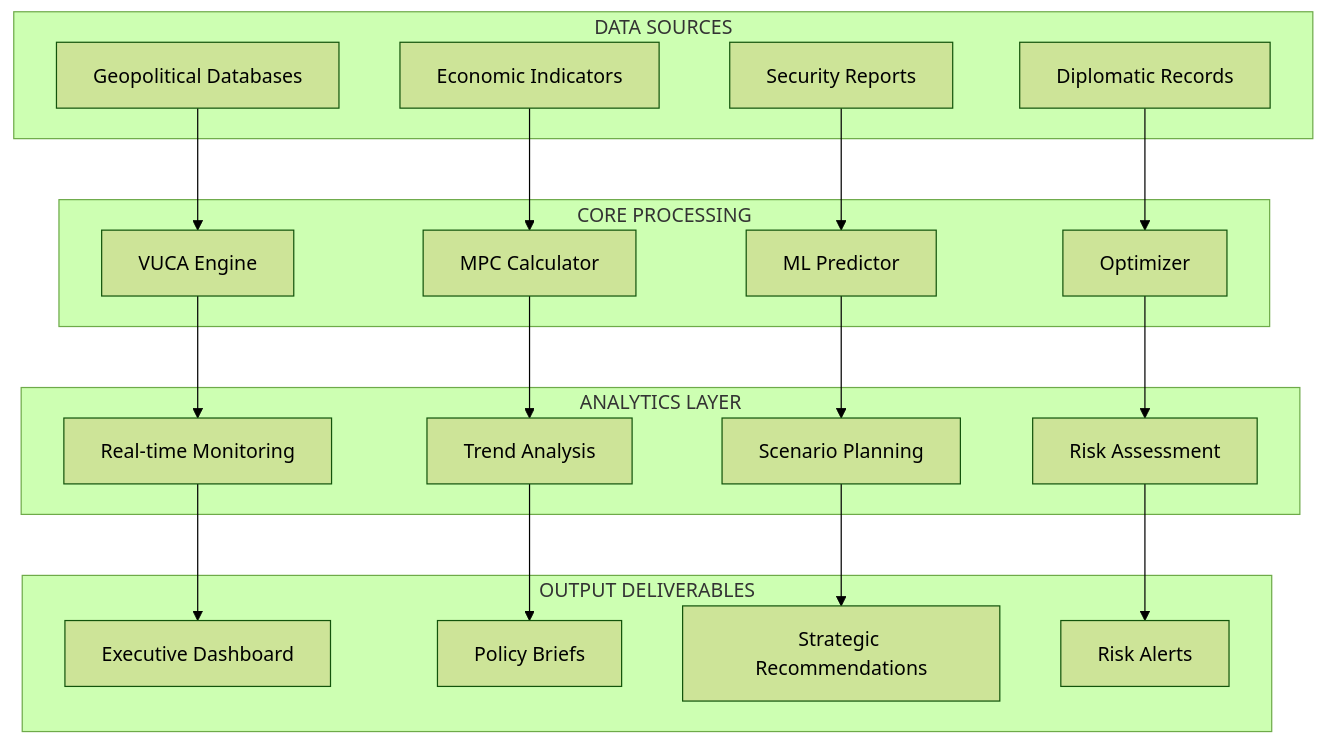
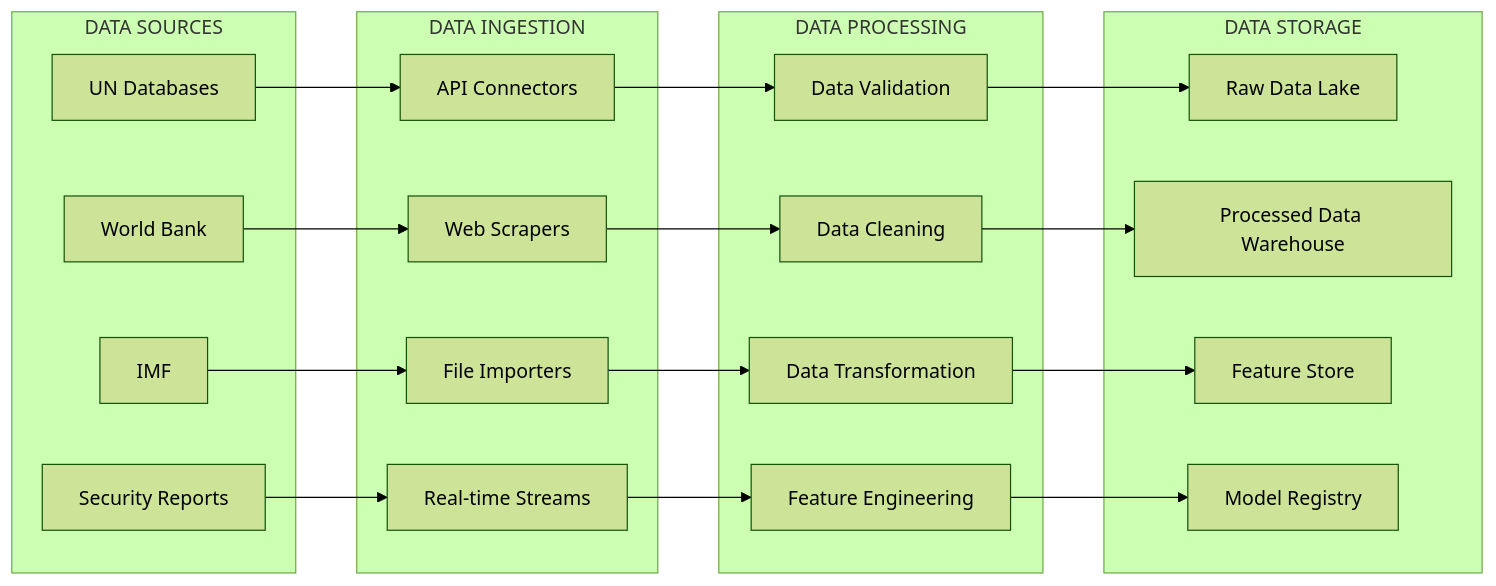
One commit to emilyakhya/Vucastra changed diagram 12 of 12 in SOLUTION.md. Above: the diagram before and after it, drawn with Mermaid (forest theme). The commit also changed other lines of this file and 3 other files, not shown here.

````diff
--- a/SOLUTION.md
+++ b/SOLUTION.md
@@ -863,45 +1093,45 @@
 ```mermaid
-graph TB
+flowchart LR
     subgraph "DATA SOURCES"
-        DS1[Geopolitical Databases]
-        DS2[Economic Indicators]
-        DS3[Security Reports]
-        DS4[Diplomatic Records]
+        DS1[UN Databases]
+        DS2[World Bank]
+        DS3[IMF]
+        DS4[Security Reports]
     end
     
-    subgraph "CORE PROCESSING"
-        CP1[VUCA Engine]
-        CP2[MPC Calculator]
-        CP3[ML Predictor]
-        CP4[Optimizer]
+    subgraph "DATA INGESTION"
+        DI1[API Connectors]
+        DI2[Web Scrapers]
+        DI3[File Importers]
+        DI4[Real-time Streams]
     end
     
-    subgraph "ANALYTICS LAYER"
-        AL1[Real-time Monitoring]
-        AL2[Trend Analysis]
-        AL3[Scenario Planning]
-        AL4[Risk Assessment]
+    subgraph "DATA PROCESSING"
+        DP1[Data Validation]
+        DP2[Data Cleaning]
+        DP3[Data Transformation]
+        DP4[Feature Engineering]
     end
     
-    subgraph "OUTPUT DELIVERABLES"
-        OD1[Executive Dashboard]
-        OD2[Policy Briefs]
-        OD3[Strategic Recommendations]
-        OD4[Risk Alerts]
+    subgraph "DATA STORAGE"
+        DS5[Raw Data Lake]
+        DS6[Processed Data Warehouse]
+        DS7[Feature Store]
+        DS8[Model Registry]
     end
     
-    DS1 --> CP1
-    DS2 --> CP2
-    DS3 --> CP3
-    DS4 --> CP4
+    DS1 --> DI1
+    DS2 --> DI2
+    DS3 --> DI3
+    DS4 --> DI4
     
-    CP1 --> AL1
-    CP2 --> AL2
-    CP3 --> AL3
-    CP4 --> AL4
+    DI1 --> DP1
+    DI2 --> DP2
+    DI3 --> DP3
+    DI4 --> DP4
     
-    AL1 --> OD1
-    AL2 --> OD2
-    AL3 --> OD3
-    AL4 --> OD4
+    DP1 --> DS5
+    DP2 --> DS6
+    DP3 --> DS7
+    DP4 --> DS8
 ```
````
